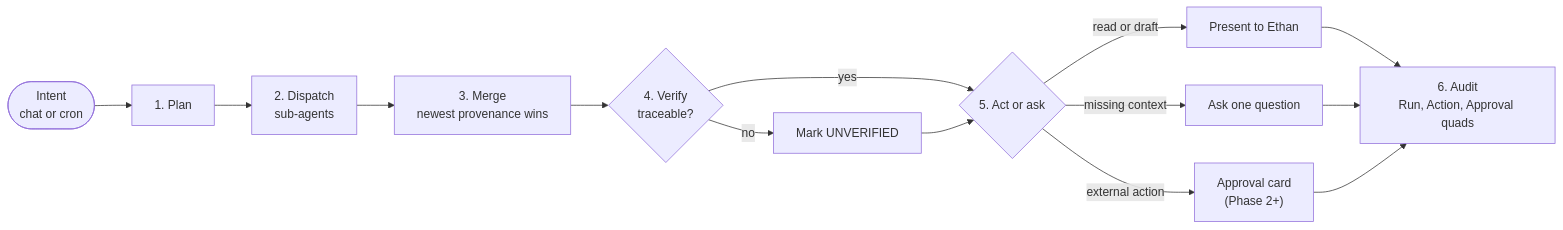
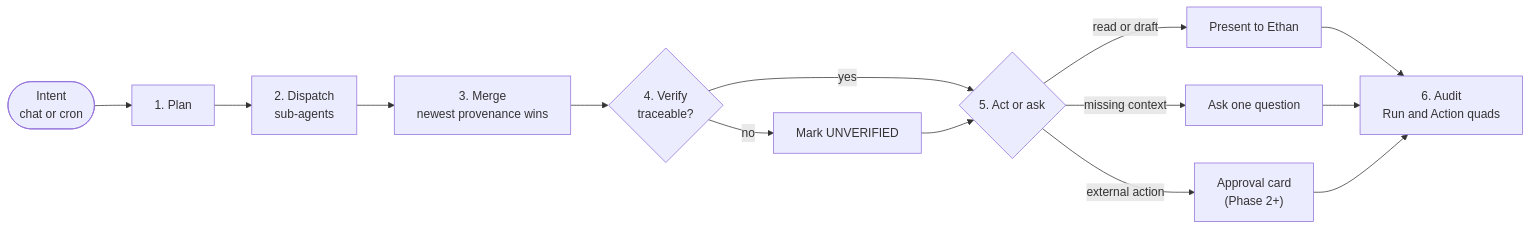
Before and after one commit to wazootech/wazoo-twins: the second of 3 diagrams in README.md, drawn with Mermaid. The commit also changed other lines of this file and 2 other files, not shown here.

````diff
--- a/README.md
+++ b/README.md
@@ -59,16 +60,16 @@
 ```mermaid
 flowchart LR
     intent(["Intent<br/>chat or cron"]) --> plan["1. Plan"]
     plan --> dispatch["2. Dispatch<br/>sub-agents"]
     dispatch --> merge["3. Merge<br/>newest provenance wins"]
     merge --> verify{"4. Verify<br/>traceable?"}
     verify -->|"no"| unverified["Mark UNVERIFIED"]
     verify -->|"yes"| decide{"5. Act or ask"}
     unverified --> decide
     decide -->|"read or draft"| present["Present to Ethan"]
     decide -->|"missing context"| ask["Ask one question"]
     decide -->|"external action"| approval["Approval card<br/>(Phase 2+)"]
-    present --> audit["6. Audit<br/>Run, Action, Approval quads"]
+    present --> audit["6. Audit<br/>Run and Action quads"]
     ask --> audit
     approval --> audit
 ```
````
